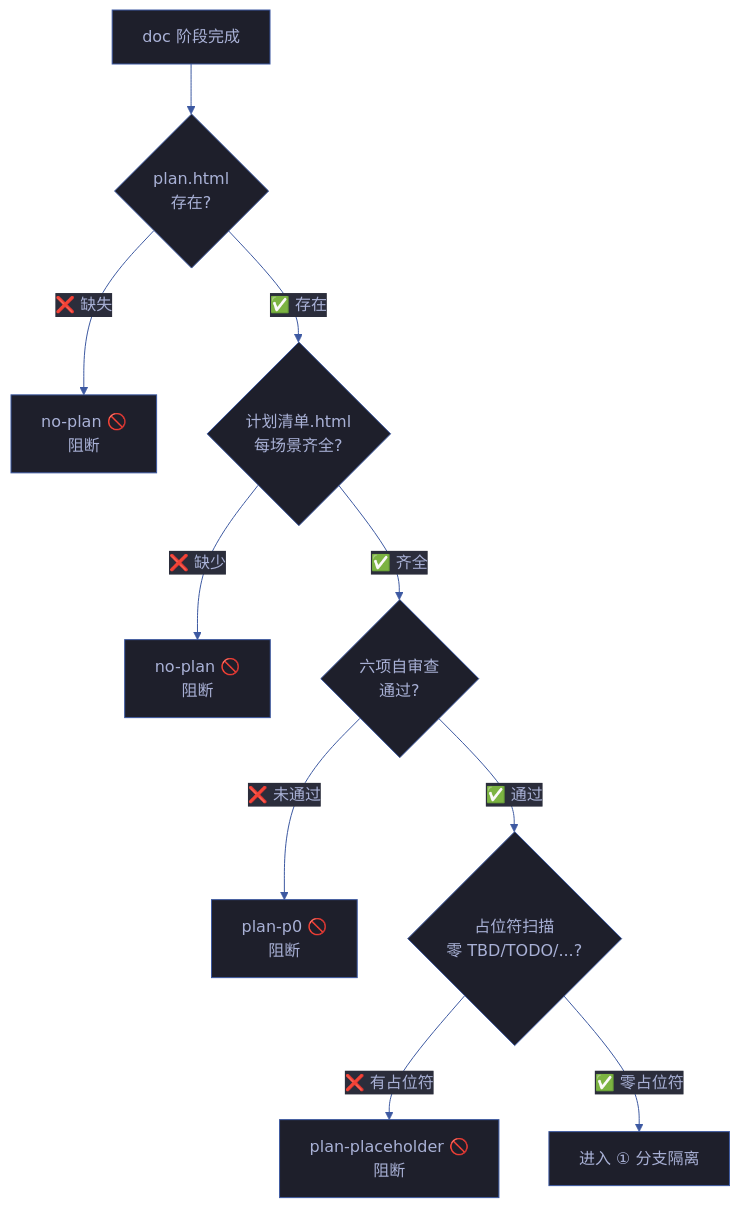
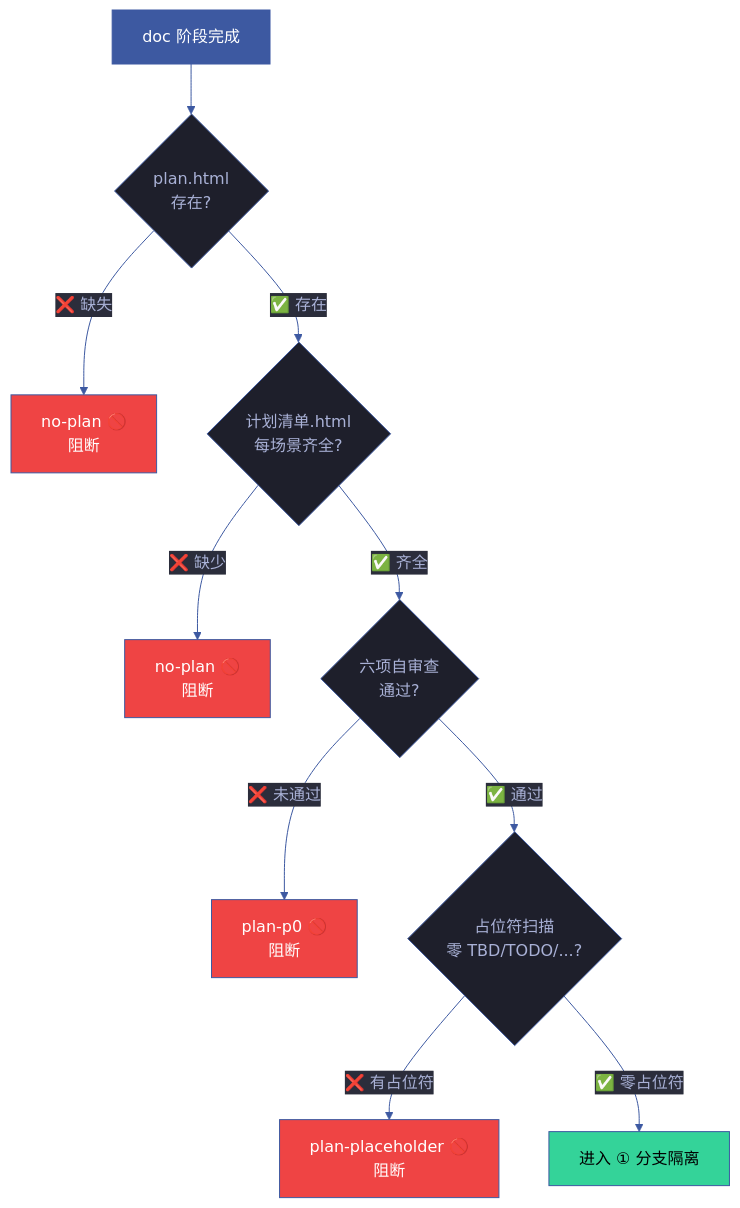
Before and after one commit to effiy/YrY: the second of 9 diagrams in rules/code-pipeline.md, drawn with Mermaid. The commit also changed other lines of this file and 341 other files, not shown here.

````diff
--- a/rules/code-pipeline.md
+++ b/rules/code-pipeline.md
@@ -76,21 +80,24 @@
 ```mermaid
 %%{init: {'theme': 'base', 'themeVariables': {
   'primaryColor': '#1e1f2b',
   'primaryTextColor': '#a9b1d6',
   'primaryBorderColor': '#3d59a1',
   'lineColor': '#3d59a1',
   'secondaryColor': '#2b2d3b',
   'tertiaryColor': '#21232f'
 }}}%%
 flowchart TB
     DOC_DONE["doc 阶段完成"]:::src --> P1{"plan.html<br/>存在?"}
     P1 -->|"❌ 缺失"| X1["no-plan 🚫<br/>阻断"]:::block
     P1 -->|"✅ 存在"| P2{"计划清单.html<br/>每场景齐全?"}
     P2 -->|"❌ 缺少"| X2["no-plan 🚫<br/>阻断"]:::block
     P2 -->|"✅ 齐全"| P3{"六项自审查<br/>通过?"}
     P3 -->|"❌ 未通过"| X3["plan-p0 🚫<br/>阻断"]:::block
     P3 -->|"✅ 通过"| P4{"占位符扫描<br/>零 TBD/TODO/...?"}
     P4 -->|"❌ 有占位符"| X4["plan-placeholder 🚫<br/>阻断"]:::block
     P4 -->|"✅ 零占位符"| CODE["进入 ① 分支隔离"]:::pass
 
+    classDef src fill:#3d59a1,color:#fff
+    classDef block fill:#ef4444,color:#fff
+    classDef pass fill:#34d399,color:#000
 ```
````
